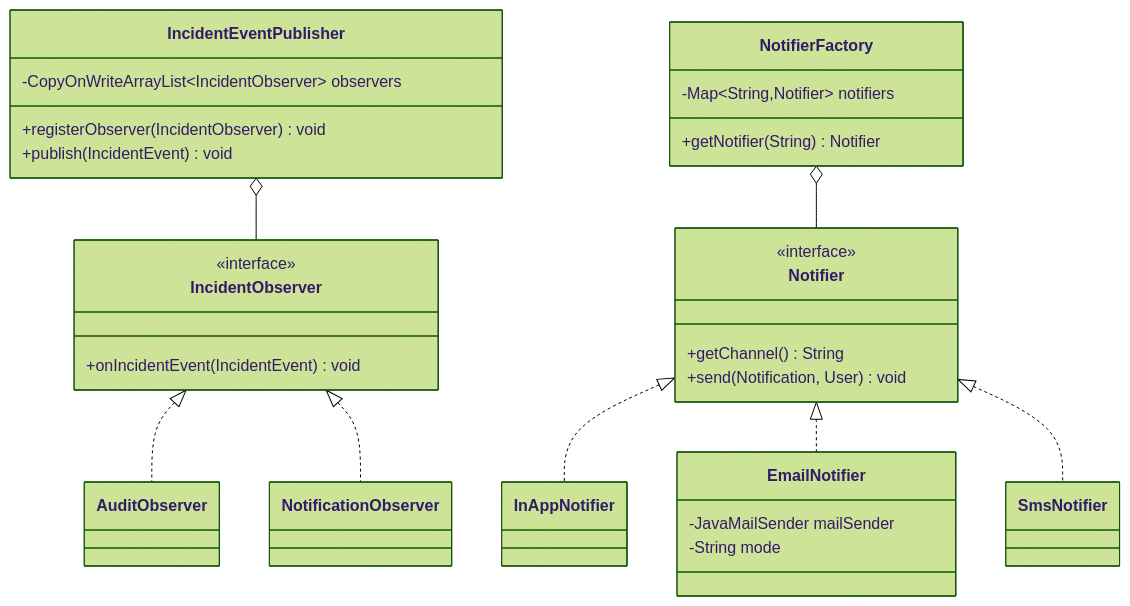
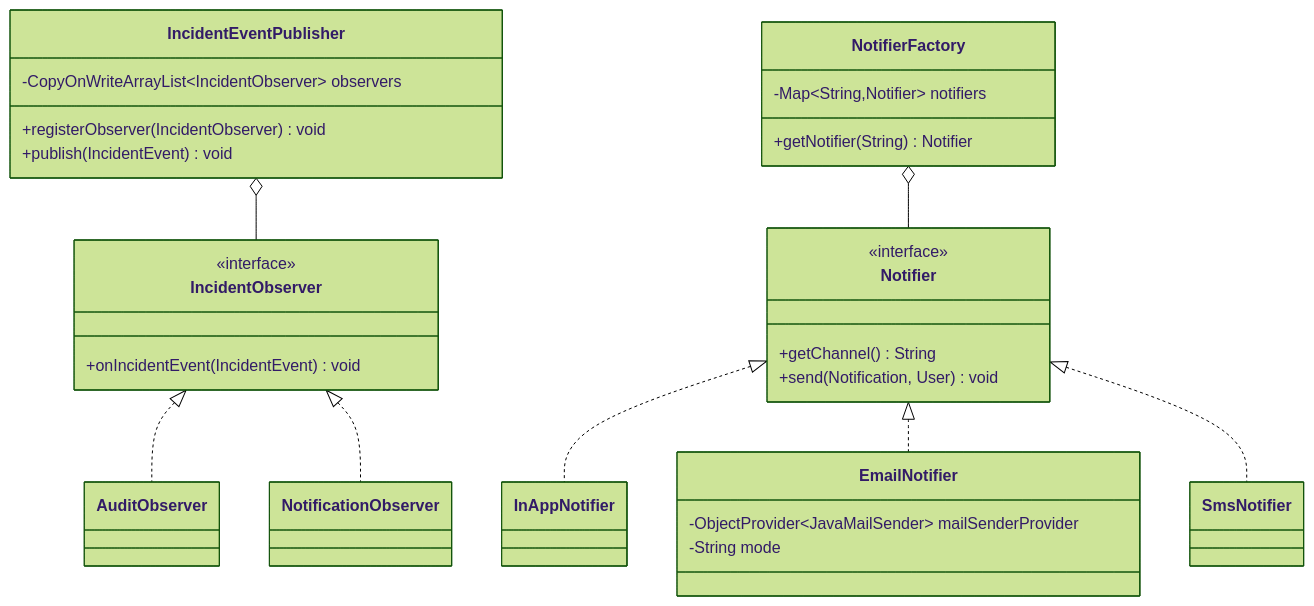
Before and after one commit to WimpyWeb/iitsm-oop: the fifth of 5 diagrams in docs/UML.md, drawn with Mermaid (forest theme). The commit also changed other lines of this file and 23 other files, not shown here.

````diff
--- a/docs/UML.md
+++ b/docs/UML.md
@@ -153,37 +175,37 @@
 ```mermaid
 classDiagram
     class IncidentEventPublisher {
         -CopyOnWriteArrayList~IncidentObserver~ observers
         +registerObserver(IncidentObserver) void
         +publish(IncidentEvent) void
     }
     class IncidentObserver {
         <<interface>>
         +onIncidentEvent(IncidentEvent) void
     }
     class AuditObserver
     class NotificationObserver
     class NotifierFactory {
         -Map~String,Notifier~ notifiers
         +getNotifier(String) Notifier
     }
     class Notifier {
         <<interface>>
         +getChannel() String
         +send(Notification, User) void
     }
     class InAppNotifier
     class EmailNotifier {
-        -JavaMailSender mailSender
+        -ObjectProvider~JavaMailSender~ mailSenderProvider
         -String mode
     }
     class SmsNotifier
 
     IncidentEventPublisher o-- IncidentObserver
     IncidentObserver <|.. AuditObserver
     IncidentObserver <|.. NotificationObserver
     NotifierFactory o-- Notifier
     Notifier <|.. InAppNotifier
     Notifier <|.. EmailNotifier
     Notifier <|.. SmsNotifier
 ```
````
